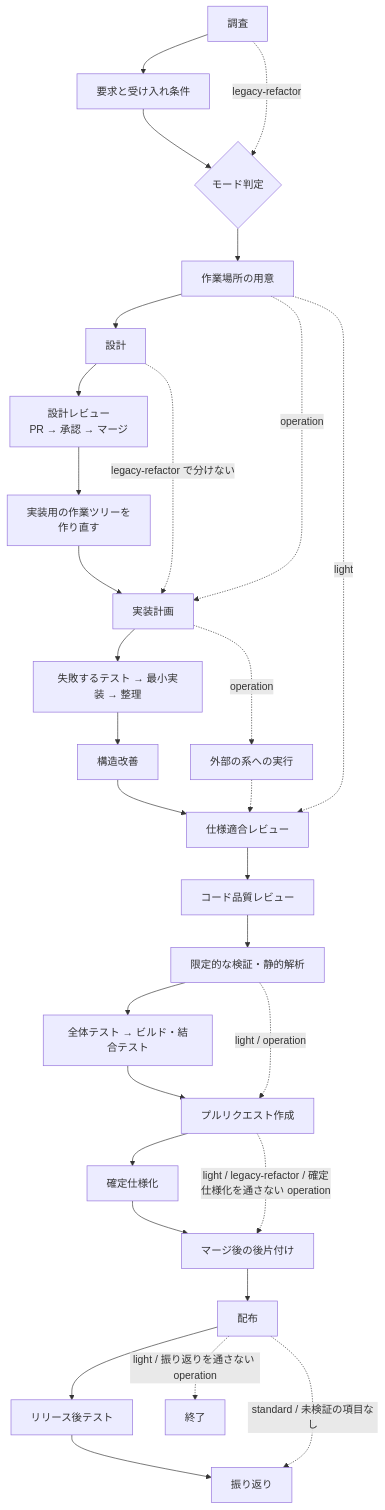
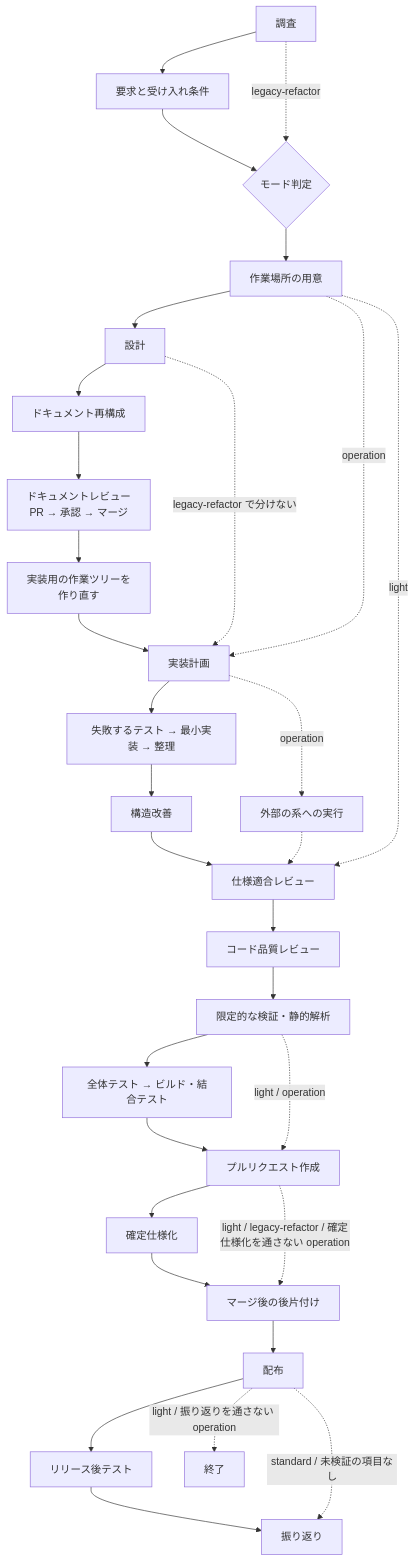
The second of 2 diagrams in plugins/ndf/skills/development-workflow/SKILL.md (devbasex/ai-plugins), drawn with Mermaid before and after one commit. The commit also changed other lines of this file and 16 other files, not shown here.

````diff
--- a/plugins/ndf/skills/development-workflow/SKILL.md
+++ b/plugins/ndf/skills/development-workflow/SKILL.md
@@ -330,32 +336,33 @@
 ```mermaid
 flowchart TD
     A[調査] --> B[要求と受け入れ条件]
     B --> D{モード判定}
     D --> S[作業場所の用意]
     S --> C[設計]
-    C --> F[設計レビュー<br/>PR → 承認 → マージ]
+    C --> DR[ドキュメント再構成]
+    DR --> F[ドキュメントレビュー<br/>PR → 承認 → マージ]
     F --> W[実装用の作業ツリーを<br/>作り直す]
     W --> G[実装計画]
     G --> H[失敗するテスト → 最小実装 → 整理]
     H --> R[構造改善]
     R --> I[仕様適合レビュー]
     I --> J[コード品質レビュー]
     J --> K[限定的な検証・静的解析]
     K --> N[全体テスト → ビルド・結合テスト]
     N --> L[プルリクエスト作成]
     L --> M[確定仕様化]
     M --> P[マージ後の後片付け]
     P --> RL[配布]
     RL --> Q[リリース後テスト]
     Q --> T[振り返り]
     RL -.->|standard / 未検証の項目なし| T
     A -.->|legacy-refactor| D
     C -.->|legacy-refactor で分けない| G
     S -.->|operation| G
     G -.->|operation| X[外部の系への実行]
     X -.-> I
     S -.->|light| I
     K -.->|light / operation| L
     L -.->|light / legacy-refactor / 確定仕様化を通さない operation| P
     RL -.->|light / 振り返りを通さない operation| Z[終了]
 ```
````
